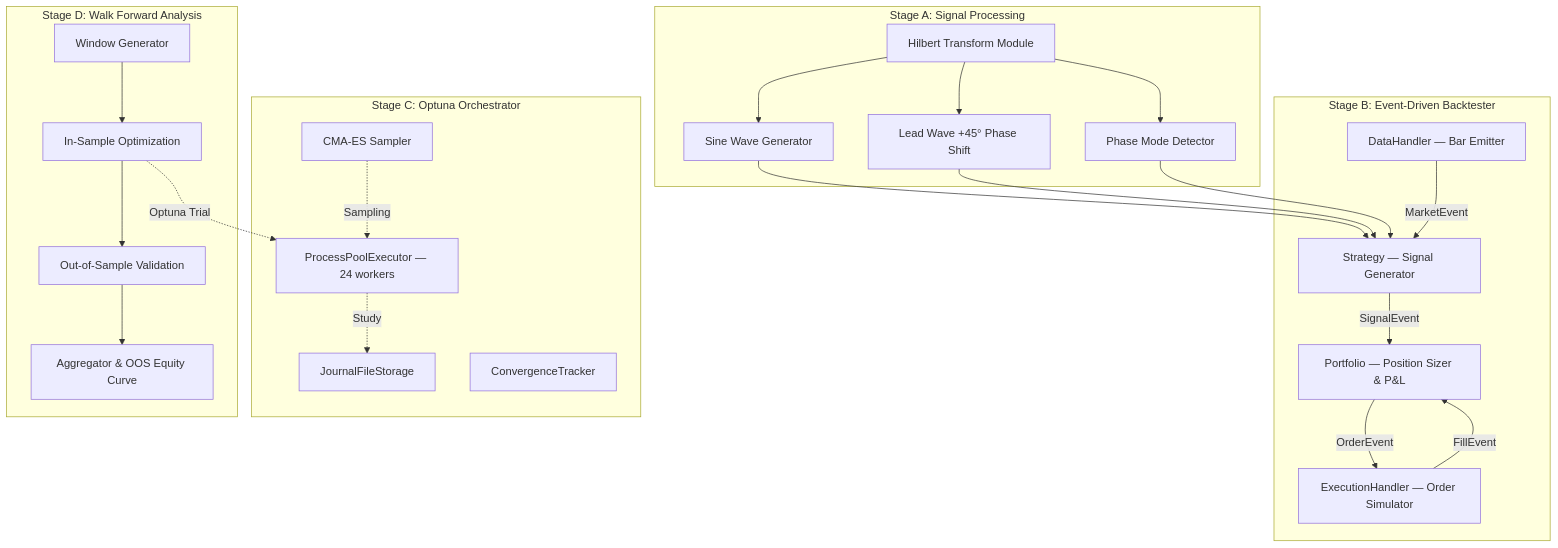
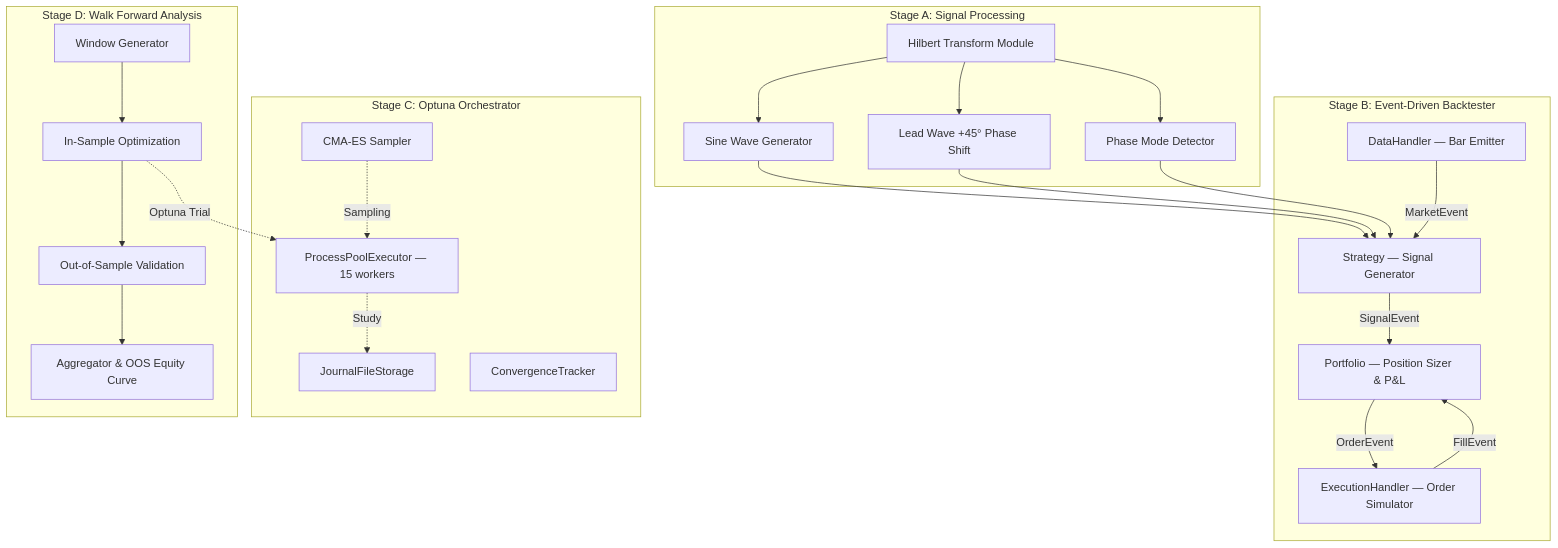
Before and after one commit to ki2pixel/trading_automation: the diagram in docs/recherches/Cybernetic_Trading_Strategies/implementation_plan.md, drawn with Mermaid. The commit also changed other lines of this file and 8 other files, not shown here.

````diff
--- a/docs/recherches/Cybernetic_Trading_Strategies/implementation_plan.md
+++ b/docs/recherches/Cybernetic_Trading_Strategies/implementation_plan.md
@@ -41,43 +41,43 @@
 ```mermaid
 graph TB
     subgraph "Stage A: Signal Processing"
         HT[Hilbert Transform Module]
         SW[Sine Wave Generator]
         LW[Lead Wave +45° Phase Shift]
         PM[Phase Mode Detector]
     end
 
     subgraph "Stage B: Event-Driven Backtester"
         DH[DataHandler — Bar Emitter]
         SG[Strategy — Signal Generator]
         PF[Portfolio — Position Sizer & P&L]
         EH[ExecutionHandler — Order Simulator]
     end
 
     subgraph "Stage C: Optuna Orchestrator"
         JS[JournalFileStorage]
         CS[CMA-ES Sampler]
-        PP[ProcessPoolExecutor — 24 workers]
+        PP[ProcessPoolExecutor — 15 workers]
         CT[ConvergenceTracker]
     end
 
     subgraph "Stage D: Walk Forward Analysis"
         WG[Window Generator]
         IS[In-Sample Optimization]
         OS[Out-of-Sample Validation]
         AG[Aggregator & OOS Equity Curve]
     end
 
     HT --> SW --> SG
     HT --> LW --> SG
     HT --> PM --> SG
     DH -->|MarketEvent| SG
     SG -->|SignalEvent| PF
     PF -->|OrderEvent| EH
     EH -->|FillEvent| PF
 
     WG --> IS --> OS --> AG
     IS -.->|Optuna Trial| PP
     PP -.->|Study| JS
     CS -.->|Sampling| PP
 ```
````
